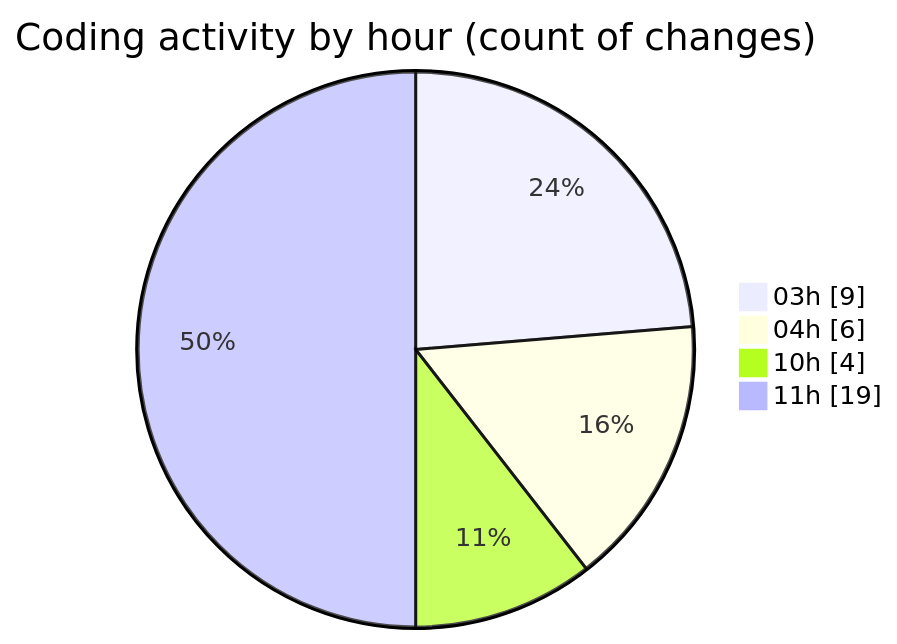
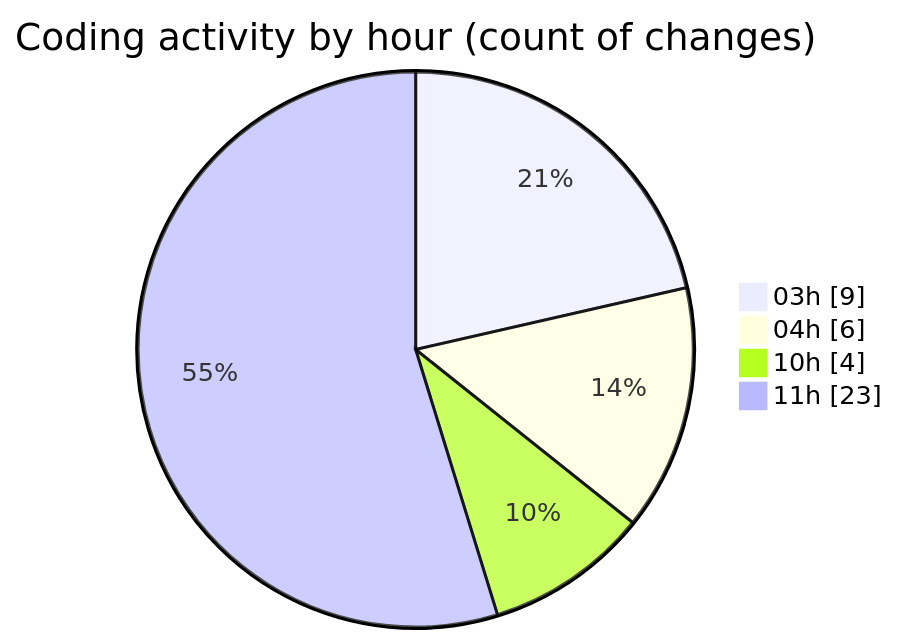
The second of 2 diagrams in 2025-10-30/eventscop-frontend-guide__workspace_/README.md (julien-gomy/code-tracking), drawn with Mermaid before and after one commit. The commit also changed other lines of this file and 1 other file, not shown here.

````diff
--- a/2025-10-30/eventscop-frontend-guide__workspace_/README.md
+++ b/2025-10-30/eventscop-frontend-guide__workspace_/README.md
@@ -40,8 +40,8 @@
 ```mermaid
 pie showData
 title Coding activity by hour (count of changes)
 "03h" : 9
 "04h" : 6
 "10h" : 4
-"11h" : 19
+"11h" : 23
 ```
````
